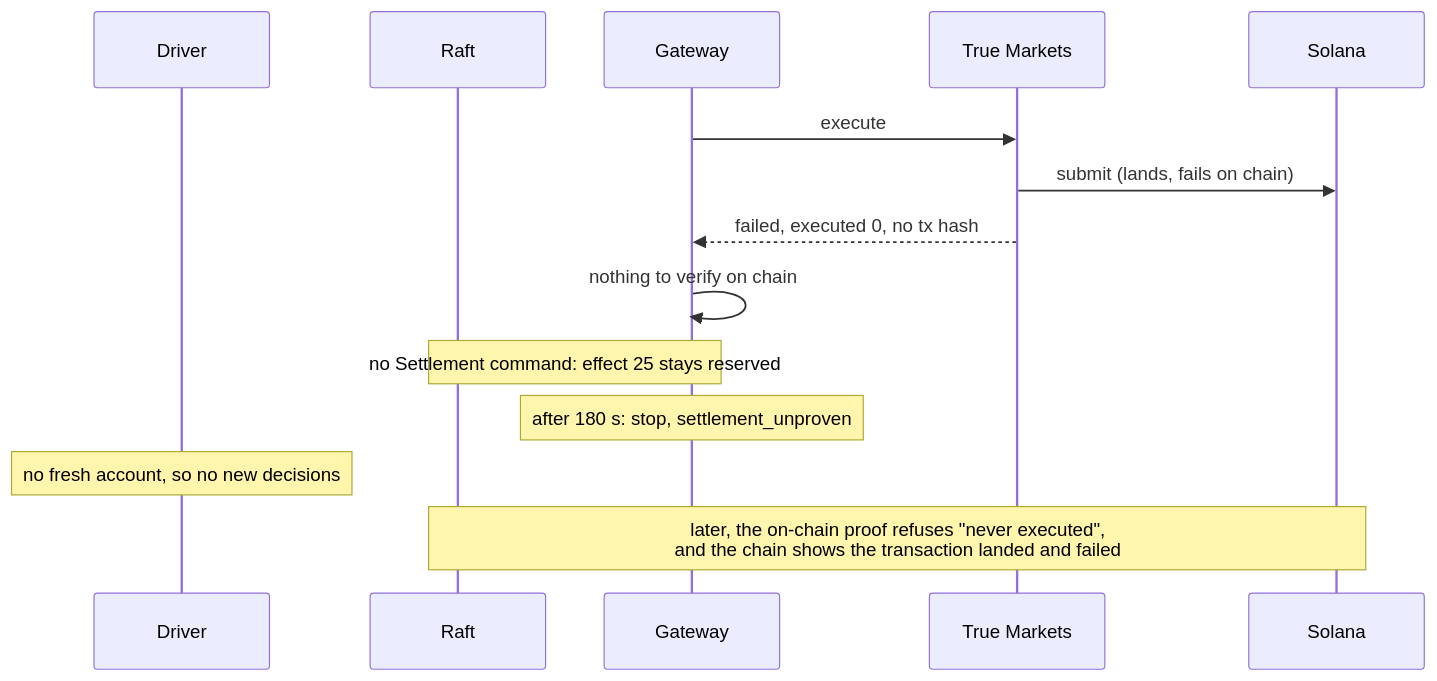
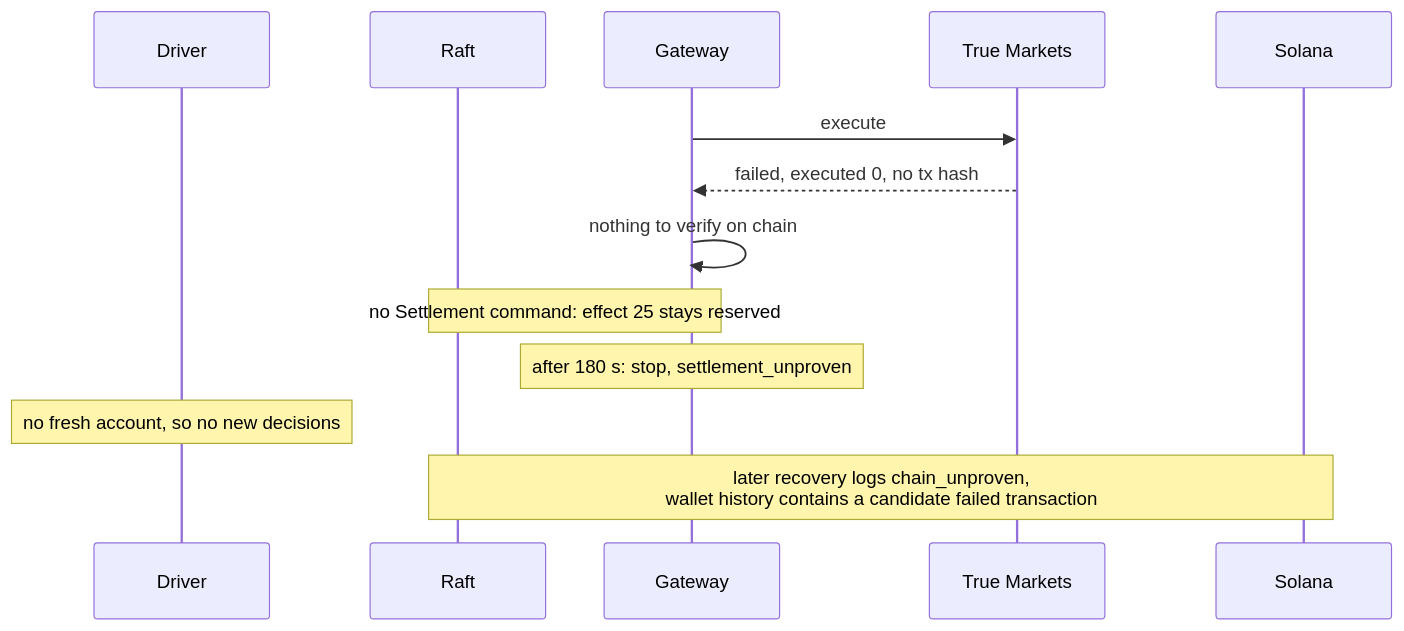
Before and after one commit to vishaljha2121/Velocita: the fourth of 6 diagrams in README.md, drawn with Mermaid. The commit also changed other lines of this file and 7 other files, not shown here.

First line of the commit message:
Correct published evidence scope and architecture guarantees

````diff
--- a/README.md
+++ b/README.md
@@ -149,16 +151,15 @@
 ```mermaid
 sequenceDiagram
   participant D as Driver
   participant R as Raft
   participant G as Gateway
   participant T as True Markets
   participant C as Solana
   G->>T: execute
-  T->>C: submit (lands, fails on chain)
   T-->>G: failed, executed 0, no tx hash
   G->>G: nothing to verify on chain
   Note over G,R: no Settlement command: effect 25 stays reserved
   Note over G: after 180 s: stop, settlement_unproven
   Note over D: no fresh account, so no new decisions
-  Note over R,C: later, the on-chain proof refuses "never executed",<br/>and the chain shows the transaction landed and failed
+  Note over R,C: later recovery logs chain_unproven,<br/>wallet history contains a candidate failed transaction
 ```
````
